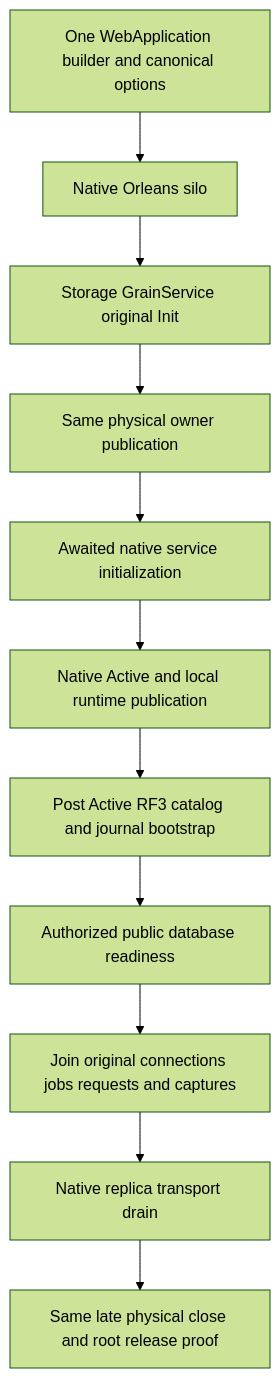
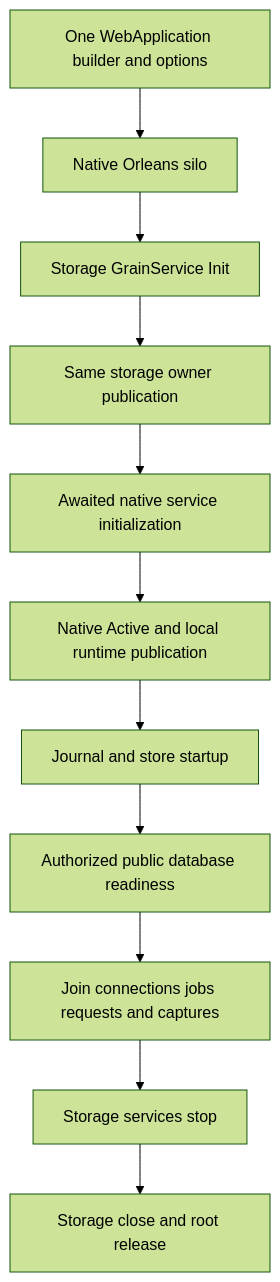
The diagram in docs/Features/ClusterRouting/OneHostComposition.md (managedcode/KeyLoad), drawn with Mermaid (forest theme) before and after one commit. The commit also changed other lines of this file and 7356 other files, not shown here.

First line of the commit message:
Replace custom consensus with native Orleans storage services

````diff
--- a/docs/Features/ClusterRouting/OneHostComposition.md
+++ b/docs/Features/ClusterRouting/OneHostComposition.md
@@ -46,13 +41,13 @@
 ```mermaid
 flowchart TD
-    Configure[One WebApplication builder and canonical options] --> Silo[Native Orleans silo]
-    Silo --> Init[Storage GrainService original Init]
-    Init --> Published[Same physical owner publication]
+    Configure[One WebApplication builder and options] --> Silo[Native Orleans silo]
+    Silo --> Init[Storage GrainService Init]
+    Init --> Published[Same storage owner publication]
     Published --> Borrowers[Awaited native service initialization]
     Borrowers --> Active[Native Active and local runtime publication]
-    Active --> Bootstrap[Post Active RF3 catalog and journal bootstrap]
-    Bootstrap --> Ready[Authorized public database readiness]
-    Ready --> Drain[Join original connections jobs requests and captures]
-    Drain --> Transport[Native replica transport drain]
-    Transport --> Close[Same late physical close and root release proof]
+    Active --> Startup[Journal and store startup]
+    Startup --> Ready[Authorized public database readiness]
+    Ready --> Drain[Join connections jobs requests and captures]
+    Drain --> Storage[Storage services stop]
+    Storage --> Close[Storage close and root release]
 ```
````
